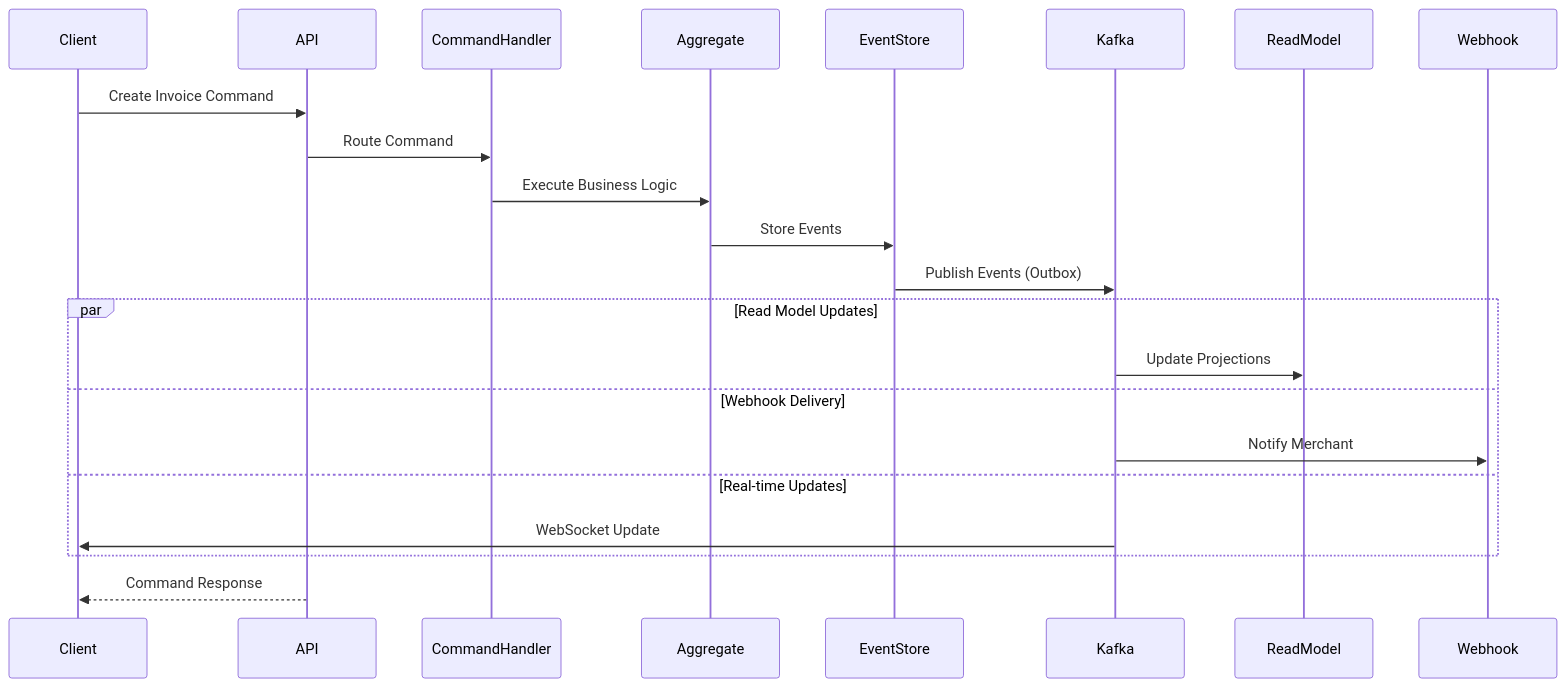
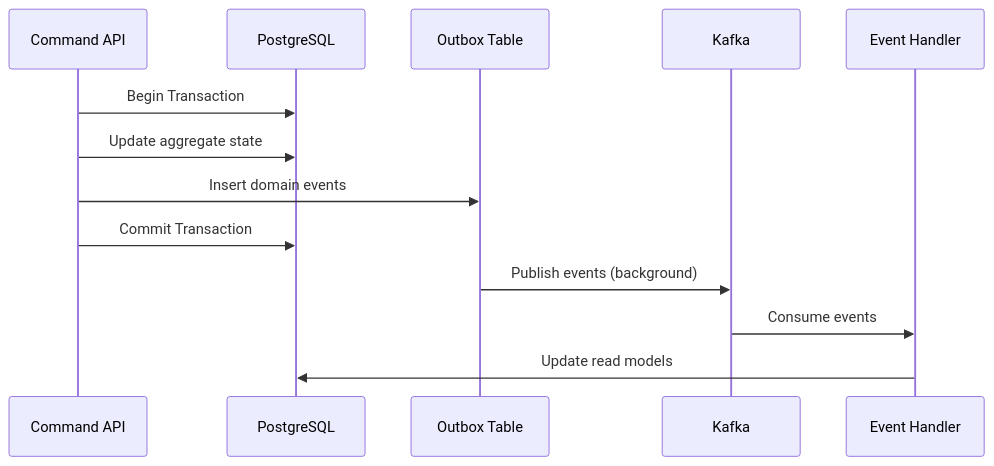
One commit to smirnoffmg/crypto-checkout changed the second of 6 diagrams in docs/ARCH.md. Above: the diagram before and after it, drawn with Mermaid. The commit also changed other lines of this file and 11 other files, not shown here.

````diff
--- a/docs/ARCH.md
+++ b/docs/ARCH.md
@@ -122,27 +121,17 @@
 ```mermaid
 sequenceDiagram
-    participant Client
-    participant API
-    participant CommandHandler
-    participant Aggregate
-    participant EventStore
-    participant Kafka
-    participant ReadModel
-    participant Webhook
+    participant API as Command API
+    participant DB as PostgreSQL
+    participant OUTBOX as Outbox Table
+    participant KAFKA as Kafka
+    participant HANDLER as Event Handler
     
-    Client->>API: Create Invoice Command
-    API->>CommandHandler: Route Command
-    CommandHandler->>Aggregate: Execute Business Logic
-    Aggregate->>EventStore: Store Events
-    EventStore->>Kafka: Publish Events (Outbox)
+    API->>DB: Begin Transaction
+    API->>DB: Update aggregate state
+    API->>OUTBOX: Insert domain events
+    API->>DB: Commit Transaction
     
-    par Read Model Updates
-        Kafka->>ReadModel: Update Projections
-    and Webhook Delivery
-        Kafka->>Webhook: Notify Merchant
-    and Real-time Updates
-        Kafka->>Client: WebSocket Update
-    end
-    
-    API-->>Client: Command Response
+    OUTBOX->>KAFKA: Publish events (background)
+    KAFKA->>HANDLER: Consume events
+    HANDLER->>DB: Update read models
 ```
````
